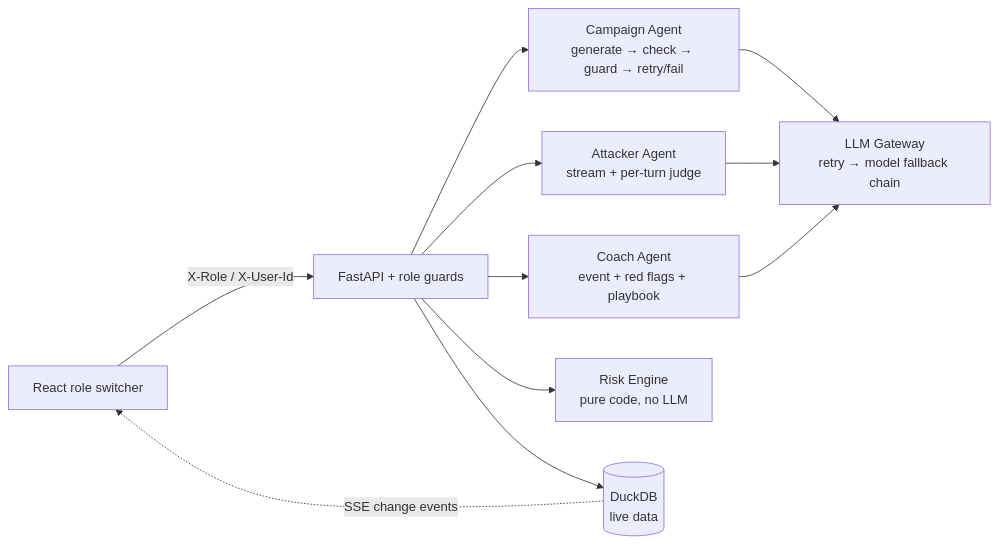
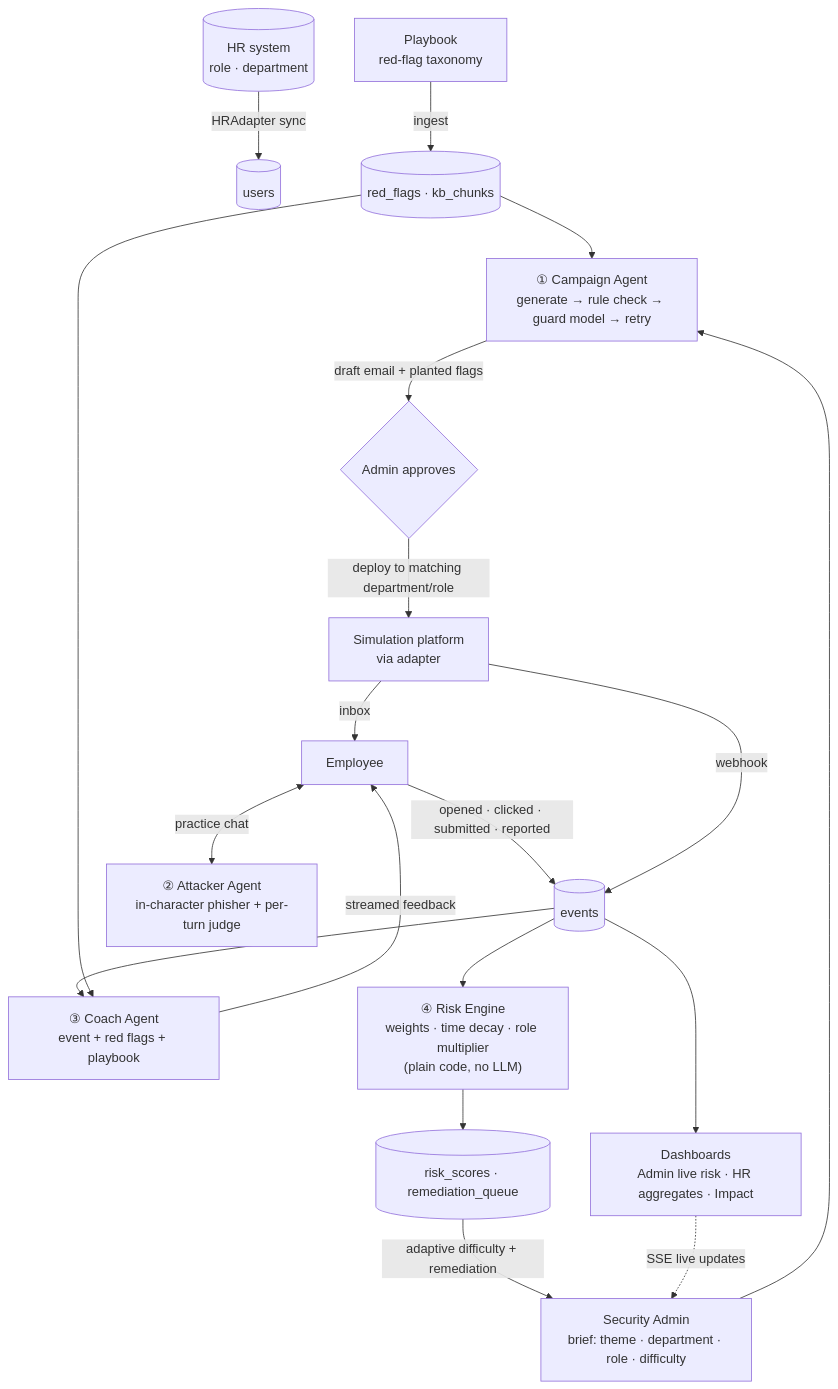
The diagram in README.md (premsaivarmachekuri/PhishCoach-AI), drawn with Mermaid before and after one commit. The commit also changed other lines of this file, not shown here.

Commit message:
README: department-personalised phishing gap, end-to-end agent flow, data sources, stack

````diff
--- a/README.md
+++ b/README.md
@@ -39,11 +53,24 @@
 ```mermaid
-flowchart LR
-  UI[React role switcher] -- X-Role / X-User-Id --> API[FastAPI + role guards]
-  API --> C[Campaign Agent<br/>generate → check → guard → retry/fail]
-  API --> A[Attacker Agent<br/>stream + per-turn judge]
-  API --> K[Coach Agent<br/>event + red flags + playbook]
-  API --> R[Risk Engine<br/>pure code, no LLM]
-  C & A & K --> G[LLM Gateway<br/>retry → model fallback chain]
-  API --> D[(DuckDB<br/>live data)]
-  D -. SSE change events .-> UI
+flowchart TD
+  HR[(HR system<br/>role · department)] -->|HRAdapter sync| U[(users)]
+  PB[Playbook<br/>red-flag taxonomy] -->|ingest| KB[(red_flags · kb_chunks)]
+
+  A1[Security Admin<br/>brief: theme · department · role · difficulty] --> CA
+  KB --> CA
+  CA["① Campaign Agent<br/>generate → rule check → guard model → retry"] -->|draft email + planted flags| AP{Admin approves}
+  AP -->|deploy to matching department/role| SP[Simulation platform<br/>via adapter]
+  SP -->|inbox| EM[Employee]
+  EM -->|opened · clicked · submitted · reported| EV[(events)]
+  SP -->|webhook| EV
+
+  EV --> CO["③ Coach Agent<br/>event + red flags + playbook"]
+  KB --> CO
+  CO -->|streamed feedback| EM
+  EM <-->|practice chat| AT["② Attacker Agent<br/>in-character phisher + per-turn judge"]
+
+  EV --> RE["④ Risk Engine<br/>weights · time decay · role multiplier<br/>(plain code, no LLM)"]
+  RE --> RQ[(risk_scores · remediation_queue)]
+  RQ -->|adaptive difficulty + remediation| A1
+  EV --> DASH[Dashboards<br/>Admin live risk · HR aggregates · Impact]
+  DASH -. SSE live updates .-> A1
 ```
````
